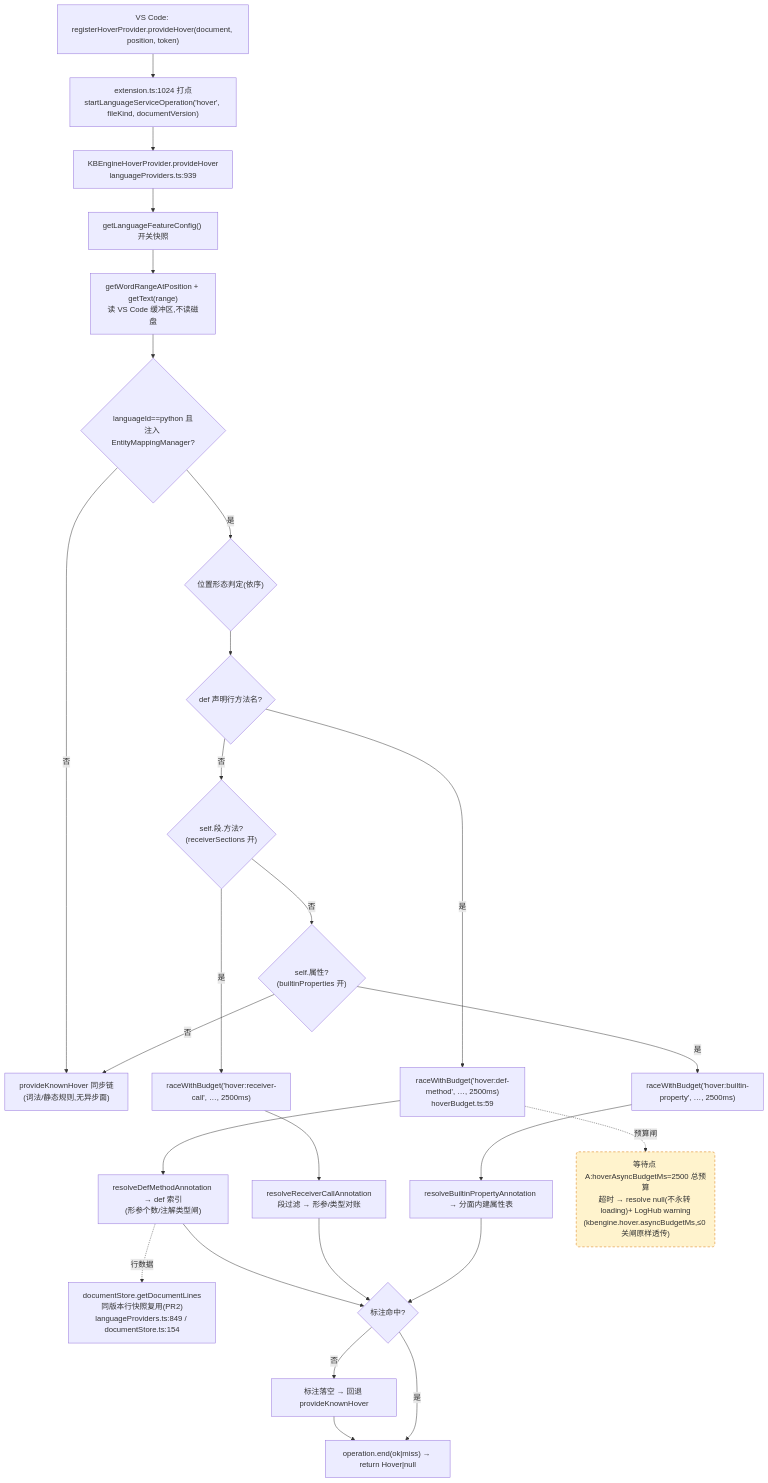
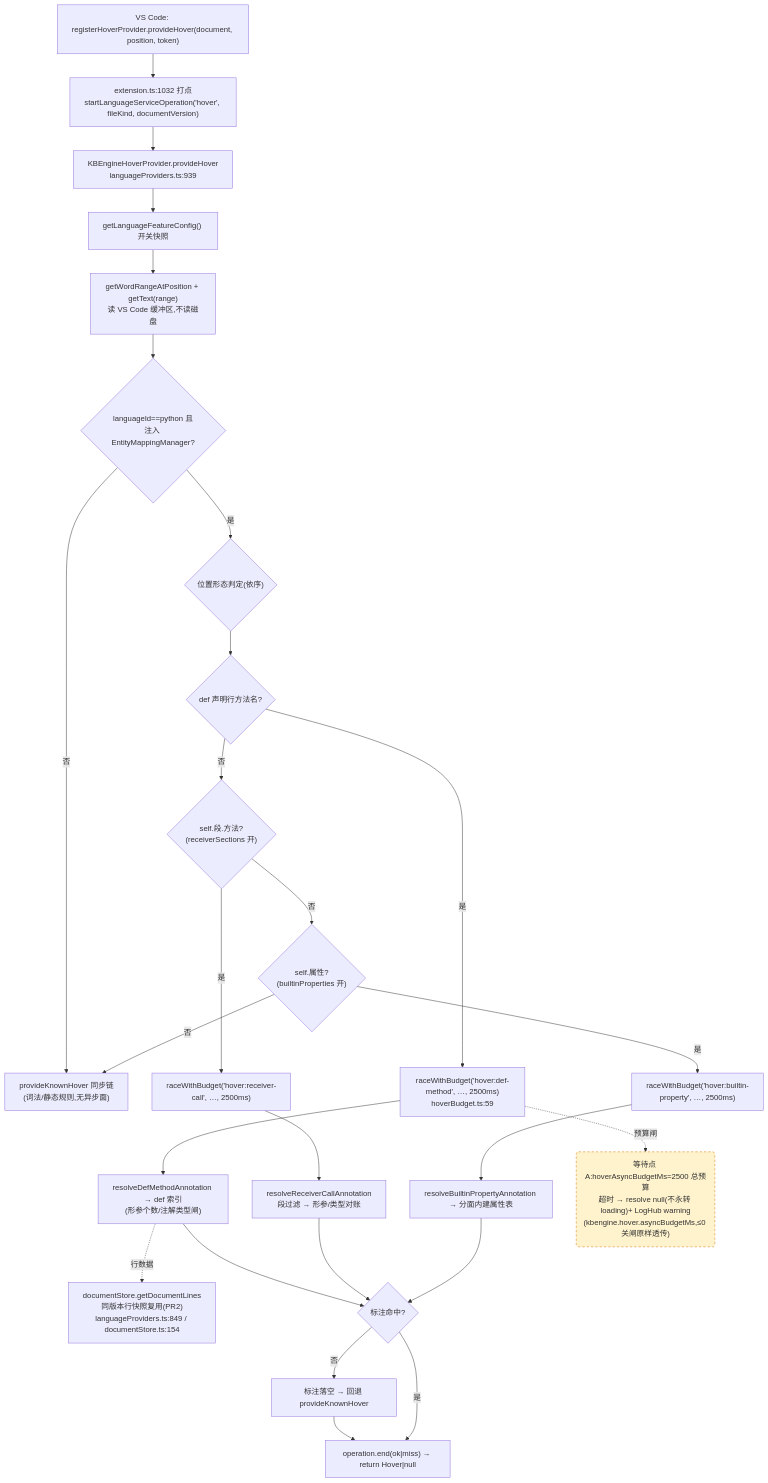
One commit to cuihairu/kode changed the first of 4 diagrams in docs/perf/2026-baseline.md. Above: the diagram before and after it, drawn with Mermaid. The commit also changed other lines of this file and 12 other files, not shown here.

````diff
--- a/docs/perf/2026-baseline.md
+++ b/docs/perf/2026-baseline.md
@@ -82,45 +82,45 @@
 ```mermaid
 flowchart TD
   VC1["VS Code: registerHoverProvider.provideHover(document, position, token)"]
-  M1["extension.ts:1024 打点<br/>startLanguageServiceOperation('hover', fileKind, documentVersion)"]
+  M1["extension.ts:1032 打点<br/>startLanguageServiceOperation('hover', fileKind, documentVersion)"]
   HP["KBEngineHoverProvider.provideHover<br/>languageProviders.ts:939"]
   CFG["getLanguageFeatureConfig() 开关快照"]
   WORD["getWordRangeAtPosition + getText(range)<br/>读 VS Code 缓冲区,不读磁盘"]
   BR{"languageId==python 且<br/>注入 EntityMappingManager?"}
   KN["provideKnownHover 同步链<br/>(词法/静态规则,无异步面)"]
   POS{"位置形态判定(依序)"}
   D1{"def 声明行方法名?"}
   D2{"self.段.方法?<br/>(receiverSections 开)"}
   D3{"self.属性?<br/>(builtinProperties 开)"}
   RA1["raceWithBudget('hover:def-method', …, 2500ms)<br/>hoverBudget.ts:59"]
   RA2["raceWithBudget('hover:receiver-call', …, 2500ms)"]
   RA3["raceWithBudget('hover:builtin-property', …, 2500ms)"]
   RS1["resolveDefMethodAnnotation → def 索引<br/>(形参个数/注解类型闸)"]
   RS2["resolveReceiverCallAnnotation<br/>段过滤 → 形参/类型对账"]
   RS3["resolveBuiltinPropertyAnnotation → 分面内建属性表"]
   LINES["documentStore.getDocumentLines<br/>同版本行快照复用(PR2)<br/>languageProviders.ts:849 / documentStore.ts:154"]
   MISS["标注落空 → 回退 provideKnownHover"]
   END1["operation.end(ok|miss) → return Hover|null"]
 
   VC1 --> M1 --> HP --> CFG --> WORD --> BR
   BR -- "否" --> KN
   BR -- "是" --> POS --> D1
   D1 -- "是" --> RA1 --> RS1
   D1 -- "否" --> D2
   D2 -- "是" --> RA2 --> RS2
   D2 -- "否" --> D3
   D3 -- "是" --> RA3 --> RS3
   D3 -- "否" --> KN
   RS1 --> HIT{"标注命中?"}
   RS2 --> HIT
   RS3 --> HIT
   RS1 -.->|行数据| LINES
   HIT -- "否" --> MISS --> END1
   HIT -- "是" --> END1
 
   WAITA("等待点 A:hoverAsyncBudgetMs=2500 总预算<br/>超时 → resolve null(不永转 loading)+ LogHub warning<br/>(kbengine.hover.asyncBudgetMs,≤0 关闸原样透传)")
   RA1 -.->|预算闸| WAITA
 
   classDef waitPoint fill:#fff3cd,stroke:#d97706,stroke-dasharray:5 4;
   class WAITA waitPoint;
 ```
````
